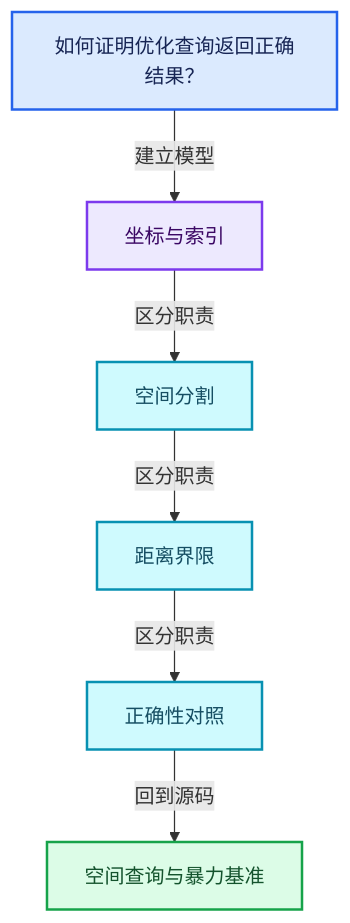
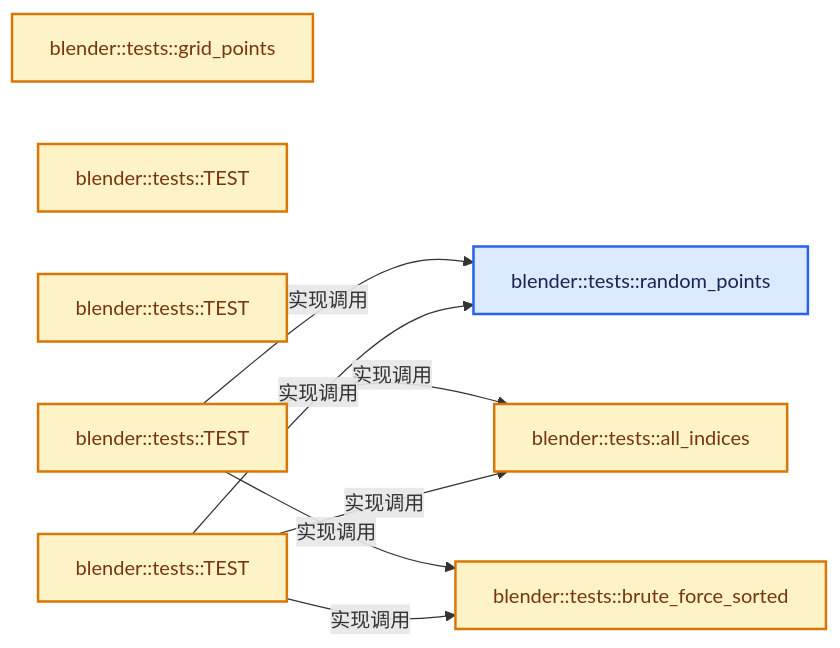
The second of 4 diagrams in 杂/markdown/全面学习-codex/12-空间数据结构与几何算法/01-空间查询与暴力基准.md (yunkezengren/blender-.vscode), drawn with Mermaid before and after one commit. The commit also changed other lines of this file and 1930 other files, not shown here.

````diff
--- a/杂/markdown/全面学习-codex/12-空间数据结构与几何算法/01-空间查询与暴力基准.md
+++ b/杂/markdown/全面学习-codex/12-空间数据结构与几何算法/01-空间查询与暴力基准.md
@@ -58,20 +46,23 @@
 ```mermaid
-flowchart TB
-  Q["如何证明优化查询返回正确结果？"]:::input
-  C0["坐标与索引"]:::abstraction
-  C1["空间分割"]:::data
-  C2["距离界限"]:::data
-  C3["正确性对照"]:::data
-  R["空间查询与暴力基准"]:::result
-  Q -->|"建立模型"| C0
-  C0 -->|"区分职责"| C1
-  C1 -->|"区分职责"| C2
-  C2 -->|"区分职责"| C3
-  C3 -->|"回到源码"| R
+flowchart LR
+  F0["blender::tests::random_points"]:::input
+  F1["blender::tests::brute_force_sorted"]:::compute
+  F2["blender::tests::grid_points"]:::compute
+  F3["blender::tests::all_indices"]:::compute
+  F4["blender::tests::TEST"]:::compute
+  F5["blender::tests::TEST"]:::compute
+  F6["blender::tests::TEST"]:::compute
+  F7["blender::tests::TEST"]:::compute
+  F6 -->|"实现调用"| F0
+  F6 -->|"实现调用"| F3
+  F6 -->|"实现调用"| F1
+  F7 -->|"实现调用"| F0
+  F7 -->|"实现调用"| F3
+  F7 -->|"实现调用"| F1
   classDef input fill:#DBEAFE,stroke:#2563EB,color:#172554,stroke-width:2px;
   classDef data fill:#CFFAFE,stroke:#0891B2,color:#164E63,stroke-width:2px;
   classDef abstraction fill:#EDE9FE,stroke:#7C3AED,color:#3B0764,stroke-width:2px;
   classDef compute fill:#FEF3C7,stroke:#D97706,color:#78350F,stroke-width:2px;
   classDef result fill:#DCFCE7,stroke:#16A34A,color:#14532D,stroke-width:2px;
   classDef error fill:#FEE2E2,stroke:#DC2626,color:#7F1D1D,stroke-width:2px;
 ```
````
